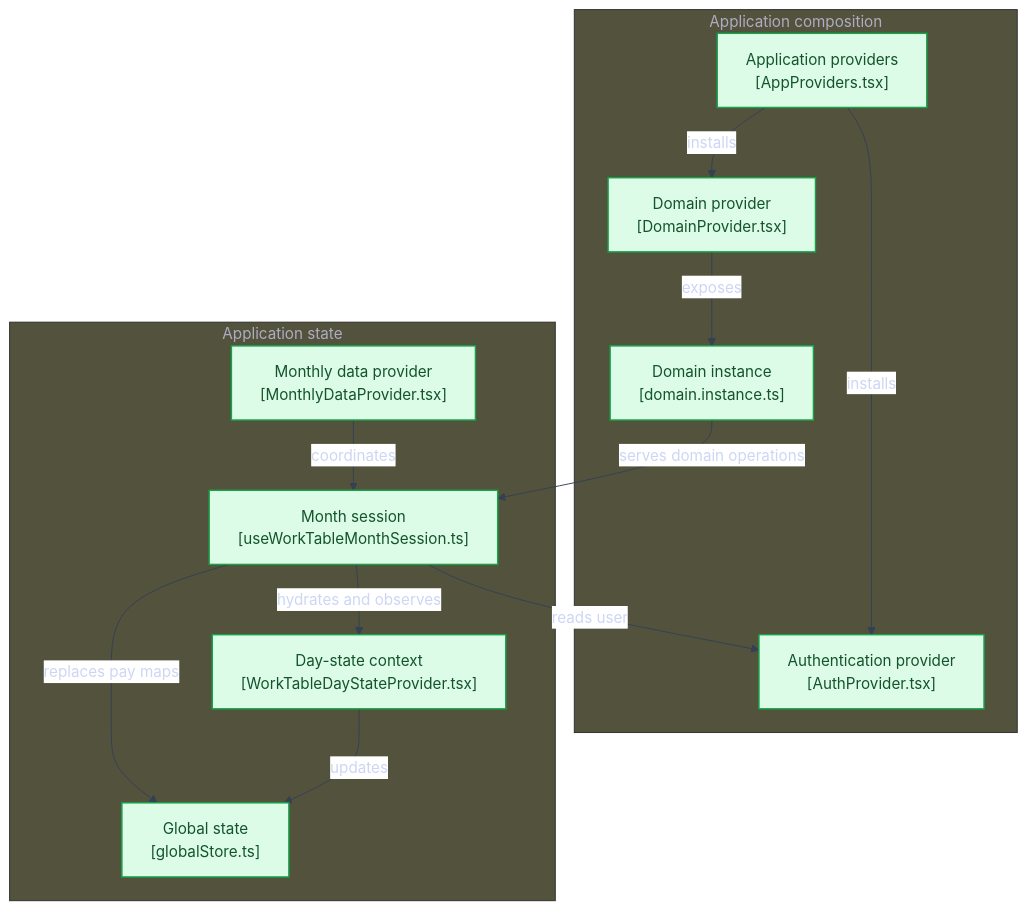
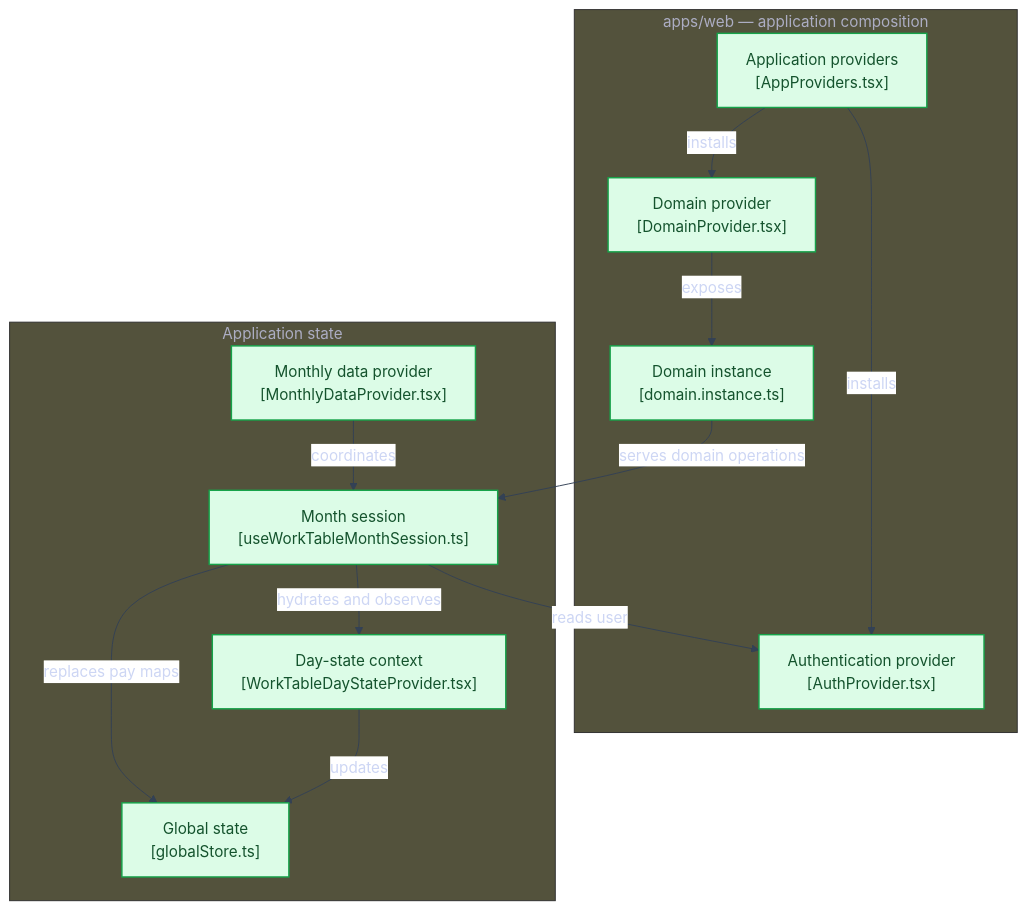
Before and after one commit to dmaman86/shiftly: the fourth of 5 diagrams in docs/reference/README.md, drawn with Mermaid. The commit also changed other lines of this file and 593 other files, not shown here.

````diff
--- a/docs/reference/README.md
+++ b/docs/reference/README.md
@@ -329,49 +329,49 @@
 ```mermaid
 ---
 config:
   theme: base
   themeVariables:
     background: "#1e1e2e"
     primaryColor: "#313244"
     primaryTextColor: "#cdd6f4"
     primaryBorderColor: "#89b4fa"
     lineColor: "#334155"
     edgeLabelBackground: "#ffffff"
 ---
 flowchart TD
-  subgraph group_composition["Application composition"]
+  subgraph group_composition["apps/web — application composition"]
     node_domaininstance["Domain instance<br/>[domain.instance.ts]"]
     node_providers["Application providers<br/>[AppProviders.tsx]"]
     node_auth["Authentication provider<br/>[AuthProvider.tsx]"]
     node_domainprovider["Domain provider<br/>[DomainProvider.tsx]"]
   end
 
   subgraph group_state["Application state"]
     node_monthlydata["Monthly data provider<br/>[MonthlyDataProvider.tsx]"]
     node_session["Month session<br/>[useWorkTableMonthSession.ts]"]
     node_daystate["Day-state context<br/>[WorkTableDayStateProvider.tsx]"]
     node_globalstate["Global state<br/>[globalStore.ts]"]
   end
 
   node_providers -->|"installs"| node_auth
   node_providers -->|"installs"| node_domainprovider
   node_domainprovider -->|"exposes"| node_domaininstance
   node_monthlydata -->|"coordinates"| node_session
   node_session -->|"reads user"| node_auth
   node_session -->|"hydrates and observes"| node_daystate
   node_session -->|"replaces pay maps"| node_globalstate
   node_daystate -->|"updates"| node_globalstate
   node_domaininstance -->|"serves domain operations"| node_session
 
-  click node_domaininstance "https://github.com/dmaman86/shiftly/blob/main/src/app/domain/domain.instance.ts"
-  click node_providers "https://github.com/dmaman86/shiftly/blob/main/src/app/providers/AppProviders.tsx"
-  click node_auth "https://github.com/dmaman86/shiftly/blob/main/src/app/providers/auth/AuthProvider.tsx"
-  click node_domainprovider "https://github.com/dmaman86/shiftly/blob/main/src/app/providers/domain/DomainProvider.tsx"
-  click node_monthlydata "https://github.com/dmaman86/shiftly/blob/main/src/features/monthly-data/MonthlyDataProvider.tsx"
-  click node_session "https://github.com/dmaman86/shiftly/blob/main/src/features/work-table/hooks/month/useWorkTableMonthSession.ts"
-  click node_daystate "https://github.com/dmaman86/shiftly/blob/main/src/features/work-table/context/workTableDayState/WorkTableDayStateProvider.tsx"
-  click node_globalstate "https://github.com/dmaman86/shiftly/blob/main/src/store/globalStore.ts"
+  click node_domaininstance "https://github.com/dmaman86/shiftly/blob/main/apps/web/src/app/domain/domain.instance.ts"
+  click node_providers "https://github.com/dmaman86/shiftly/blob/main/apps/web/src/app/providers/AppProviders.tsx"
+  click node_auth "https://github.com/dmaman86/shiftly/blob/main/apps/web/src/app/providers/auth/AuthProvider.tsx"
+  click node_domainprovider "https://github.com/dmaman86/shiftly/blob/main/apps/web/src/app/providers/domain/DomainProvider.tsx"
+  click node_monthlydata "https://github.com/dmaman86/shiftly/blob/main/apps/web/src/features/monthly-data/MonthlyDataProvider.tsx"
+  click node_session "https://github.com/dmaman86/shiftly/blob/main/apps/web/src/features/work-table/hooks/month/useWorkTableMonthSession.ts"
+  click node_daystate "https://github.com/dmaman86/shiftly/blob/main/apps/web/src/features/work-table/context/workTableDayState/WorkTableDayStateProvider.tsx"
+  click node_globalstate "https://github.com/dmaman86/shiftly/blob/main/apps/web/src/store/globalStore.ts"
 
   classDef toneMint fill:#dcfce7,stroke:#16a34a,stroke-width:1.5px,color:#14532d
   class node_domaininstance,node_providers,node_auth,node_domainprovider,node_monthlydata,node_session,node_daystate,node_globalstate toneMint
 ```
````
